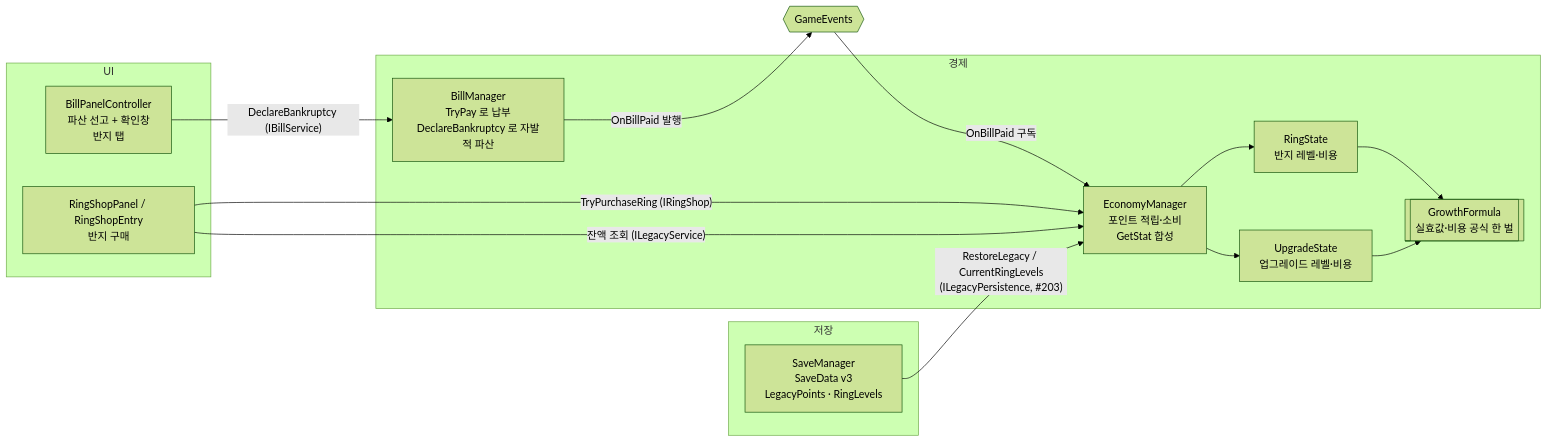
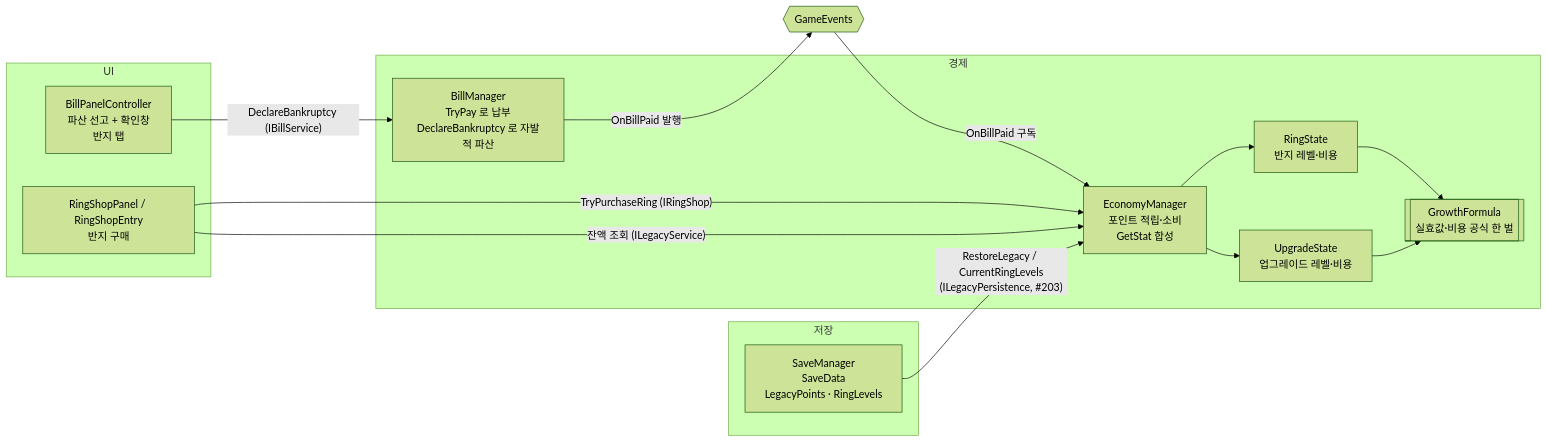
The diagram in docs/TECH_NOTES/legacy-points.md (KDNA-Gwangju-1/NCAIClicker), drawn with Mermaid (forest theme) before and after one commit. The commit also changed other lines of this file and 2 other files, not shown here.

Commit message:
docs: ARCHITECTURE SaveData 정본을 v4 로 맞춤 (#202 뒤늦은 기록)
#196/#202 가 Version 을 4 로 올리고 설정 필드 4개를 더했는데
ARCHITECTURE 2절 SaveData 블록과 JSON 예시가 v3 그대로였다.
정본이 코드와 다르면 다음 사람이 정본을 믿고 틀린다.

#203 작업 중 이 블록을 손대다 발견해 함께 고친다.

````diff
--- a/docs/TECH_NOTES/legacy-points.md
+++ b/docs/TECH_NOTES/legacy-points.md
@@ -30,32 +30,32 @@
 ```mermaid
 flowchart LR
   subgraph Economy["경제"]
     bill[BillManager<br/>TryPay 로 납부<br/>DeclareBankruptcy 로 자발적 파산]
     econ[EconomyManager<br/>포인트 적립·소비<br/>GetStat 합성]
     rings[RingState<br/>반지 레벨·비용]
     ups[UpgradeState<br/>업그레이드 레벨·비용]
     formula[[GrowthFormula<br/>실효값·비용 공식 한 벌]]
   end
 
   subgraph UI["UI"]
     panel[BillPanelController<br/>파산 선고 + 확인창<br/>반지 탭]
     shop[RingShopPanel / RingShopEntry<br/>반지 구매]
   end
 
   subgraph Save["저장"]
-    save[SaveManager<br/>SaveData v3<br/>LegacyPoints · RingLevels]
+    save[SaveManager<br/>SaveData<br/>LegacyPoints · RingLevels]
   end
 
   events{{"GameEvents"}}
 
   bill -- "OnBillPaid 발행" --> events
   events -- "OnBillPaid 구독" --> econ
   econ --> rings
   econ --> ups
   rings --> formula
   ups --> formula
   panel -- "DeclareBankruptcy (IBillService)" --> bill
   shop -- "TryPurchaseRing (IRingShop)" --> econ
   shop -- "잔액 조회 (ILegacyService)" --> econ
   save -- "RestoreLegacy / CurrentRingLevels<br/>(ILegacyPersistence, #203)" --> econ
 ```
````
